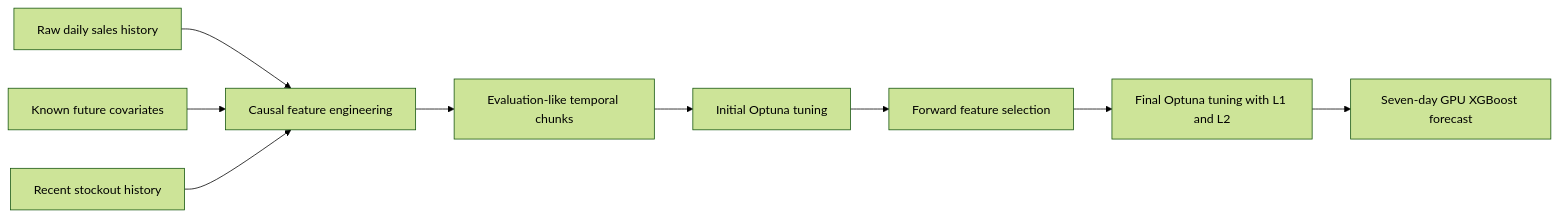
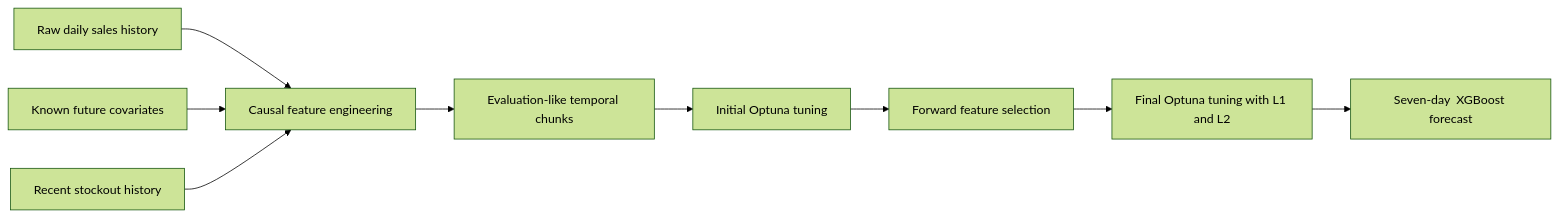
Before and after one commit to saeedimi/dynamic-ffs-demand-forecasting: the second of 2 diagrams in README.md, drawn with Mermaid (forest theme). The commit also changed other lines of this file, not shown here.

````diff
--- a/README.md
+++ b/README.md
@@ -91,11 +91,11 @@
 ```mermaid
 flowchart LR
     A[Raw daily sales history] --> B[Causal feature engineering]
     C[Known future covariates] --> B
     D[Recent stockout history] --> B
     B --> E[Evaluation-like temporal chunks]
     E --> F[Initial Optuna tuning]
     F --> G[Forward feature selection]
     G --> H[Final Optuna tuning with L1 and L2]
-    H --> I[Seven-day GPU XGBoost forecast]
+    H --> I[Seven-day  XGBoost forecast]
 ```
````
